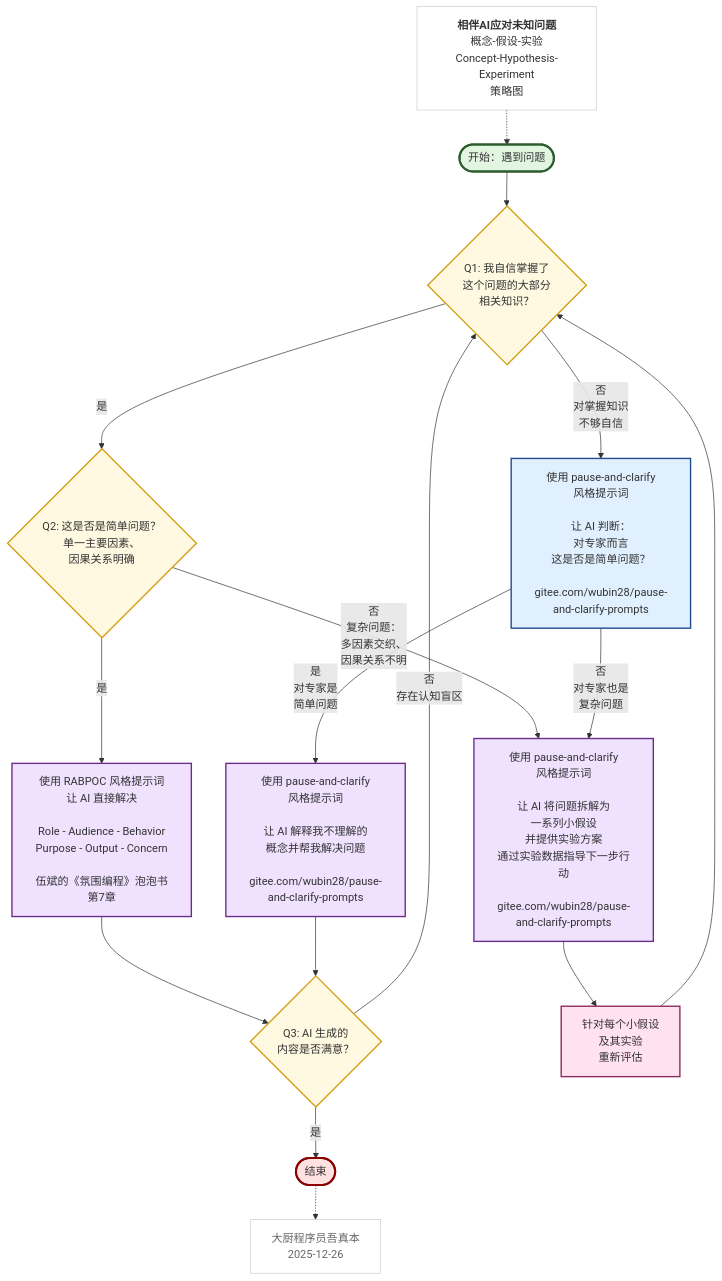
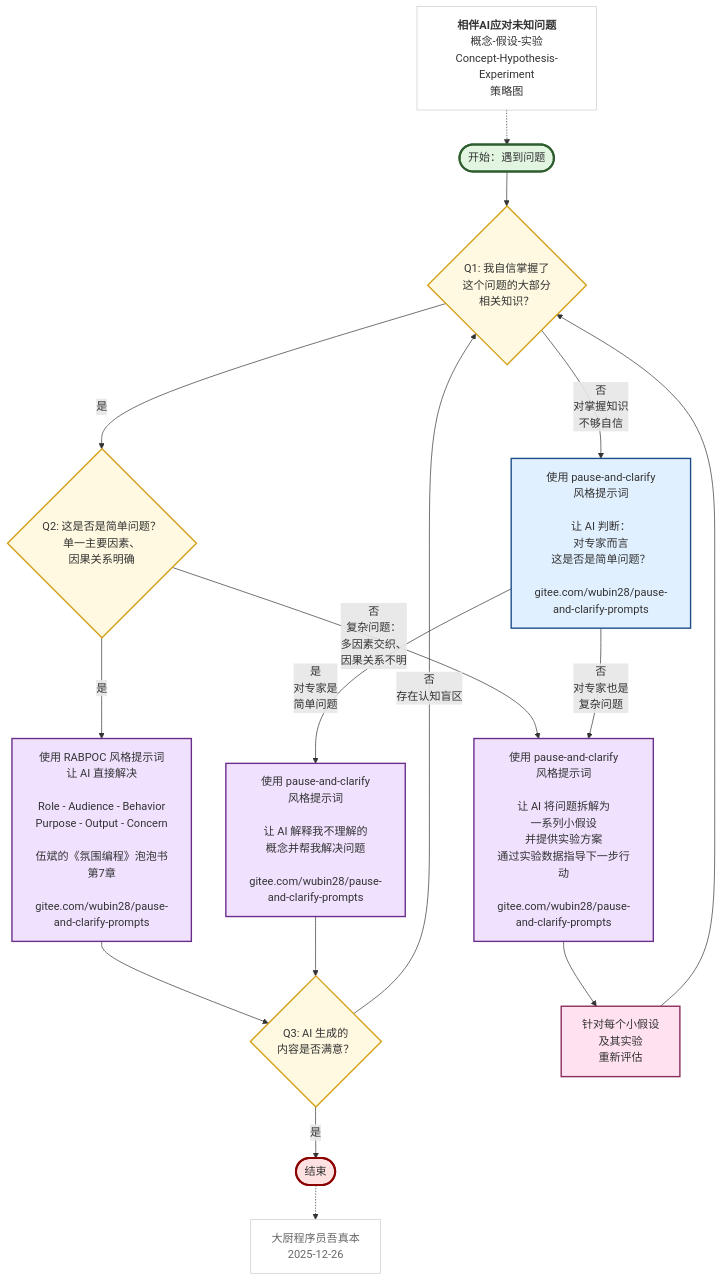
The diagram in concept-hypothesis-experiment-diagram.md (wubin28/accompany-ai-in-tackling-unknown-problems), drawn with Mermaid before and after one commit. The commit also changed 4 other files, not shown here.

````diff
--- a/concept-hypothesis-experiment-diagram.md
+++ b/concept-hypothesis-experiment-diagram.md
@@ -3,42 +3,42 @@
 ```mermaid
 flowchart TD
     Title["<b>相伴AI应对未知问题</b><br/>概念-假设-实验<br/>Concept-Hypothesis-Experiment<br/>策略图"] -.-> Start([开始：遇到问题])
     Start --> Q1{Q1: 我自信掌握了<br/>这个问题的大部分<br/>相关知识？}
 
     Q1 -->|是| Q2{Q2: 这是否是简单问题？<br/>单一主要因素、<br/>因果关系明确}
 
-    Q2 -->|是| RABPOC[使用 RABPOC 风格提示词<br/>让 AI 直接解决<br/><br/>Role - Audience - Behavior<br/>Purpose - Output - Concern<br/><br/>伍斌的《氛围编程》泡泡书第7章]
+    Q2 -->|是| RABPOC[使用 RABPOC 风格提示词<br/>让 AI 直接解决<br/><br/>Role - Audience - Behavior<br/>Purpose - Output - Concern<br/><br/>伍斌的《氛围编程》泡泡书第7章<br/><br/>gitee.com/wubin28/pause-and-clarify-prompts]
 
     RABPOC --> Q3{Q3: AI 生成的<br/>内容是否满意？}
 
     Q3 -->|是| End([结束])
     Q3 -->|否<br/>存在认知盲区| Q1
 
     Q2 -->|否<br/>复杂问题：<br/>多因素交织、<br/>因果关系不明| Complex1["使用 pause-and-clarify<br/>风格提示词<br/><br/>让 AI 将问题拆解为<br/>一系列小假设<br/>并提供实验方案<br/>通过实验数据指导下一步行动"<br/><br/>gitee.com/wubin28/pause-and-clarify-prompts]
 
     Complex1 --> Loop1["针对每个小假设<br/>及其实验<br/>重新评估"] --> Q1
 
     Q1 -->|否<br/>对掌握知识<br/>不够自信| AIJudge["使用 pause-and-clarify<br/>风格提示词<br/><br/>让 AI 判断：<br/>对专家而言<br/>这是否是简单问题？"<br/><br/>gitee.com/wubin28/pause-and-clarify-prompts]
 
     AIJudge -->|是<br/>对专家是<br/>简单问题| Explain1["使用 pause-and-clarify<br/>风格提示词<br/><br/>让 AI 解释我不理解的<br/>概念并帮我解决问题<br/><br/>gitee.com/wubin28/pause-and-clarify-prompts"]
 
     Explain1 --> Q3
 
     AIJudge -->|否<br/>对专家也是<br/>复杂问题| Complex1
 
     End -.-> Signature["大厨程序员吾真本<br/>2025-12-26"]
 
     style Start fill:#e1f5e1,stroke:#2d5c2d,stroke-width:3px
     style End fill:#ffe1e1,stroke:#8b0000,stroke-width:3px
     style Q1 fill:#fff9e1,stroke:#d4a017,stroke-width:2px
     style Q2 fill:#fff9e1,stroke:#d4a017,stroke-width:2px
     style Q3 fill:#fff9e1,stroke:#d4a017,stroke-width:2px
     style AIJudge fill:#e1f0ff,stroke:#1e4d8b,stroke-width:2px
     style RABPOC fill:#f0e1ff,stroke:#6b2d8b,stroke-width:2px
     style Complex1 fill:#f0e1ff,stroke:#6b2d8b,stroke-width:2px
     style Explain1 fill:#f0e1ff,stroke:#6b2d8b,stroke-width:2px
     style Loop1 fill:#ffe1f0,stroke:#8b2d5c,stroke-width:2px
     style Title fill:#ffffff,stroke:#cccccc,stroke-width:1px,color:#333333
     style Signature fill:#ffffff,stroke:#cccccc,stroke-width:1px,color:#666666
 
 ```
````
